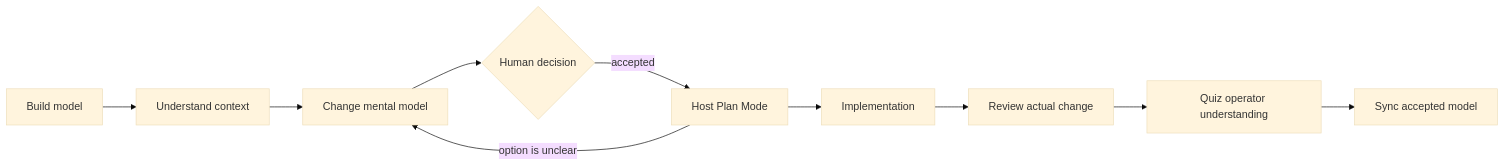
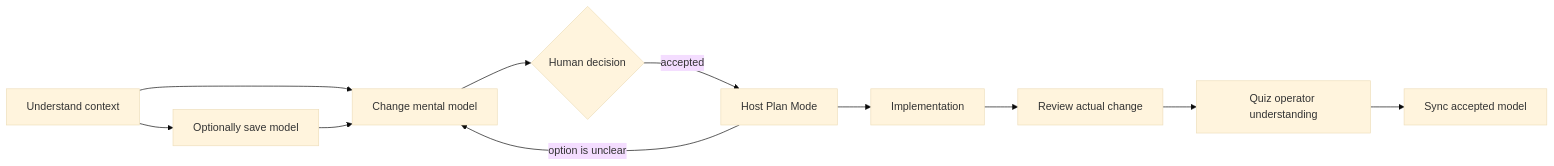
The diagram in README.md (issac1441/mental), drawn with Mermaid (base theme) before and after one commit. The commit also changed other lines of this file and 71 other files, not shown here.

````diff
--- a/README.md
+++ b/README.md
@@ -138,12 +120,13 @@
 ```mermaid
 flowchart LR
-    build["Build model"] --> understand["Understand context"]
+    understand["Understand context"] --> build["Optionally save model"]
     understand --> change["Change mental model"]
+    build --> change
     change --> decision{"Human decision"}
     decision -->|accepted| plan["Host Plan Mode"]
     plan -->|option is unclear| change
     plan --> implementation["Implementation"]
     implementation --> review["Review actual change"]
     review --> quiz["Quiz operator understanding"]
     quiz --> sync["Sync accepted model"]
 ```
````
